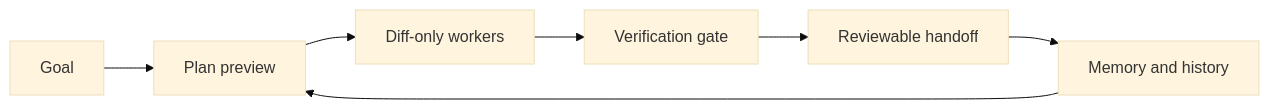
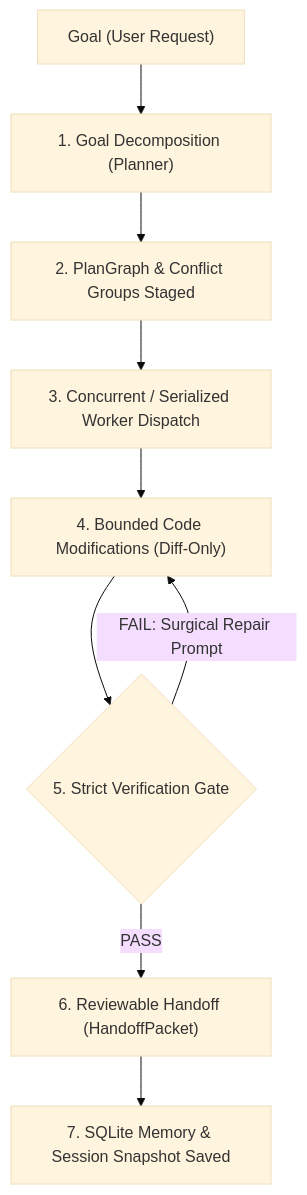
The diagram in README.md (phonton-dev/phonton-cli), drawn with Mermaid (base theme) before and after one commit. The commit also changed other lines of this file, not shown here.

````diff
--- a/README.md
+++ b/README.md
@@ -59,9 +104,11 @@
 ```mermaid
-flowchart LR
-    A["Goal"] --> B["Plan preview"]
-    B --> C["Diff-only workers"]
-    C --> D["Verification gate"]
-    D --> E["Reviewable handoff"]
-    E --> F["Memory and history"]
-    F --> B
+flowchart TD
+    Goal["Goal (User Request)"] --> Plan["1. Goal Decomposition (Planner)"]
+    Plan --> Graph["2. PlanGraph & Conflict Groups Staged"]
+    Graph --> Dispatch["3. Concurrent / Serialized Worker Dispatch"]
+    Dispatch --> Edit["4. Bounded Code Modifications (Diff-Only)"]
+    Edit --> Verify{"5. Strict Verification Gate"}
+    Verify -- FAIL: Surgical Repair Prompt --> Edit
+    Verify -- PASS --> Review["6. Reviewable Handoff (HandoffPacket)"]
+    Review --> Remember["7. SQLite Memory & Session Snapshot Saved"]
 ```
````
